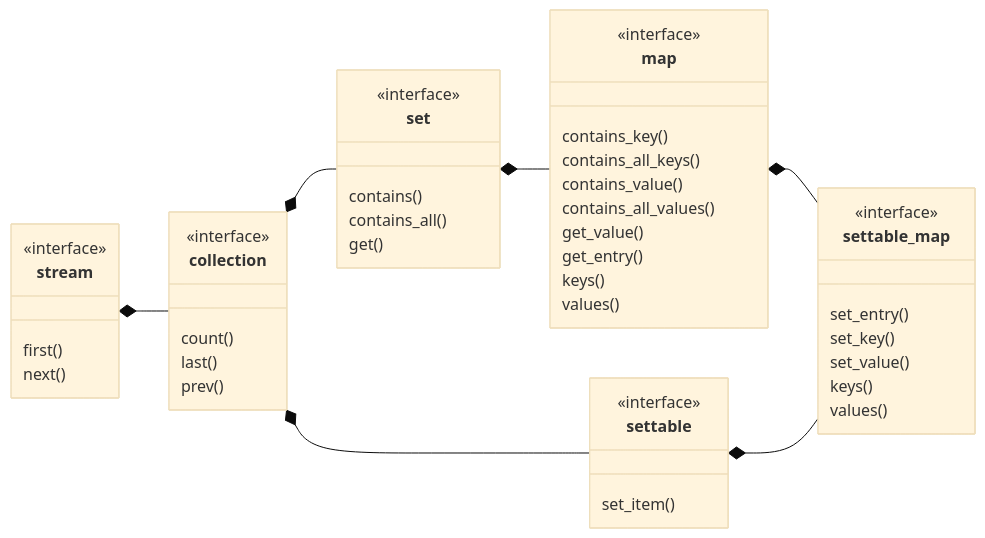
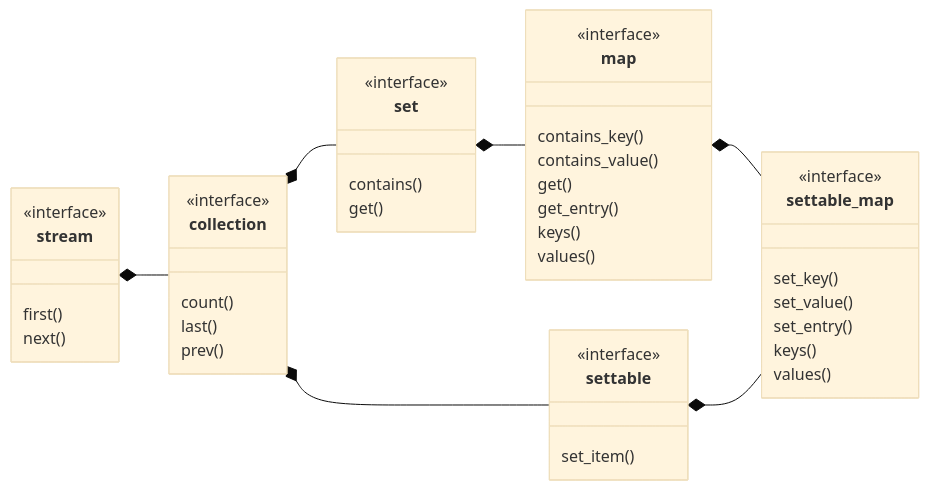
The diagram in doc/settable_map.md (pretore/aquarium-butterflyfish), drawn with Mermaid (base theme) before and after one commit. The commit also changed 387 other files, not shown here.

````diff
--- a/doc/settable_map.md
+++ b/doc/settable_map.md
@@ -3,50 +3,47 @@
 ```mermaid
 classDiagram
     direction LR
     class stream {
         first()
         next()
     }
     <<interface>> stream
     class collection {
         count()
         last()
         prev()
     }
     <<interface>> collection
     stream *-- collection
     class set {
         contains()
-        contains_all()
         get()
     }
     <<interface>> set
     collection *-- set
     class settable {
         set_item()
     }
     <<interface>> settable
     collection *-- settable
     class map {
         contains_key()
-        contains_all_keys()
         contains_value()
-        contains_all_values()
-        get_value()
+        get()
         get_entry()
         keys()
         values()
     }
     <<interface>> map
     set *-- map
     class settable_map {
-        set_entry()
         set_key()
         set_value()
+        set_entry()
         keys()
         values()
     }
     <<interface>> settable_map
     map *-- settable_map
     settable *-- settable_map
 ```
````
